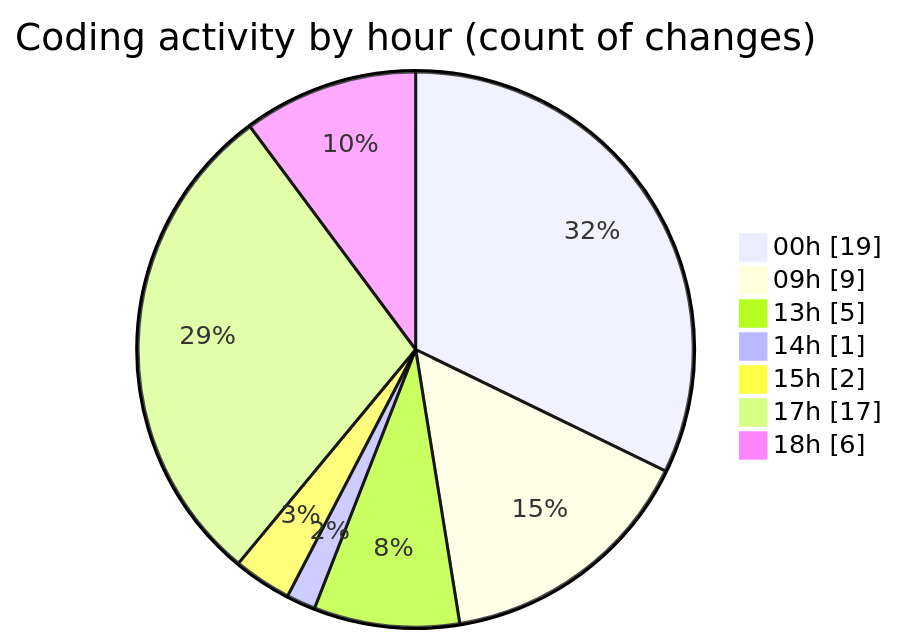
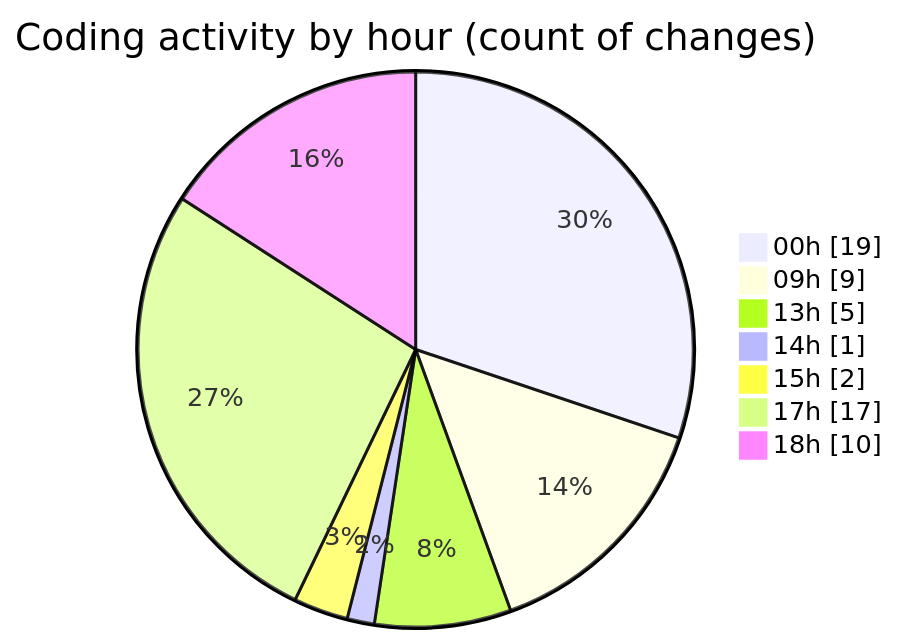
Before and after one commit to EIIisD/code-tracking: the second of 2 diagrams in 2025-08-12/ribbon/README.md, drawn with Mermaid. The commit also changed other lines of this file and 1 other file, not shown here.

````diff
--- a/2025-08-12/ribbon/README.md
+++ b/2025-08-12/ribbon/README.md
@@ -49,11 +49,11 @@
 ```mermaid
 pie showData
 title Coding activity by hour (count of changes)
 "00h" : 19
 "09h" : 9
 "13h" : 5
 "14h" : 1
 "15h" : 2
 "17h" : 17
-"18h" : 6
+"18h" : 10
 ```
````
